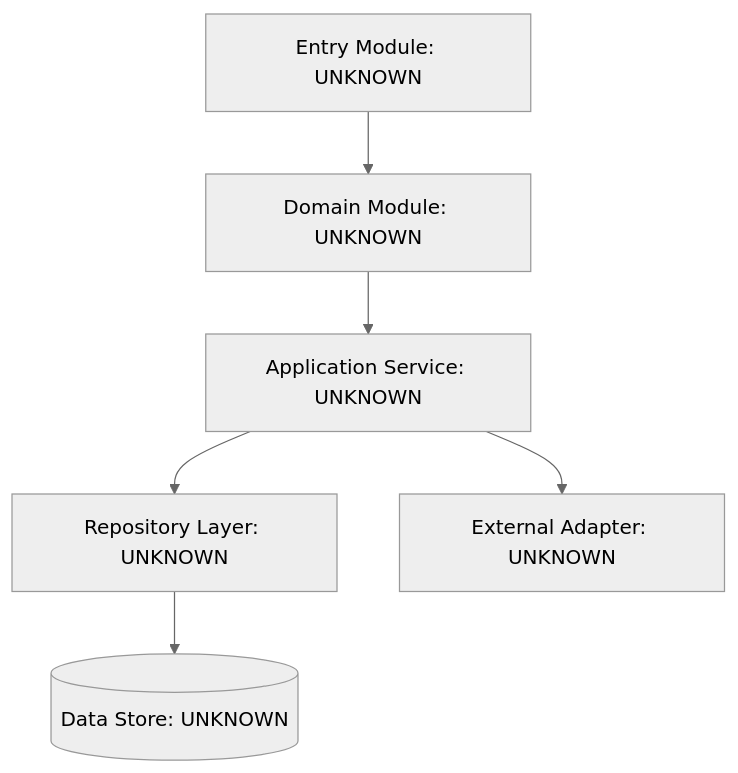
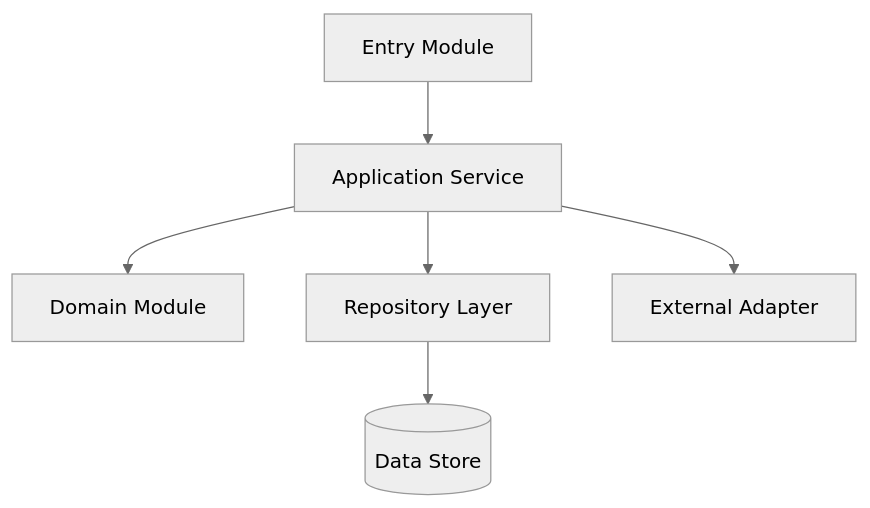
The third of 6 diagrams in templates/02-system-diagrams.md (WangXianan456/repo-global-map), drawn with Mermaid (neutral theme) before and after one commit. The commit also changed other lines of this file and 5 other files, not shown here.

Commit message:
docs: improve Obsidian diagram readability

````diff
--- a/templates/02-system-diagrams.md
+++ b/templates/02-system-diagrams.md
@@ -19,8 +58,8 @@
 ```mermaid
 flowchart TD
-E1[Entry Module: UNKNOWN] --> M1[Domain Module: UNKNOWN]
-M1 --> M2[Application Service: UNKNOWN]
-M2 --> M3[Repository Layer: UNKNOWN]
-M3 --> D1[(Data Store: UNKNOWN)]
-M2 --> X1[External Adapter: UNKNOWN]
+Entry[Entry Module] --> Service[Application Service]
+Service --> Domain[Domain Module]
+Service --> Repo[Repository Layer]
+Repo --> Store[(Data Store)]
+Service --> Adapter[External Adapter]
 ```
````
